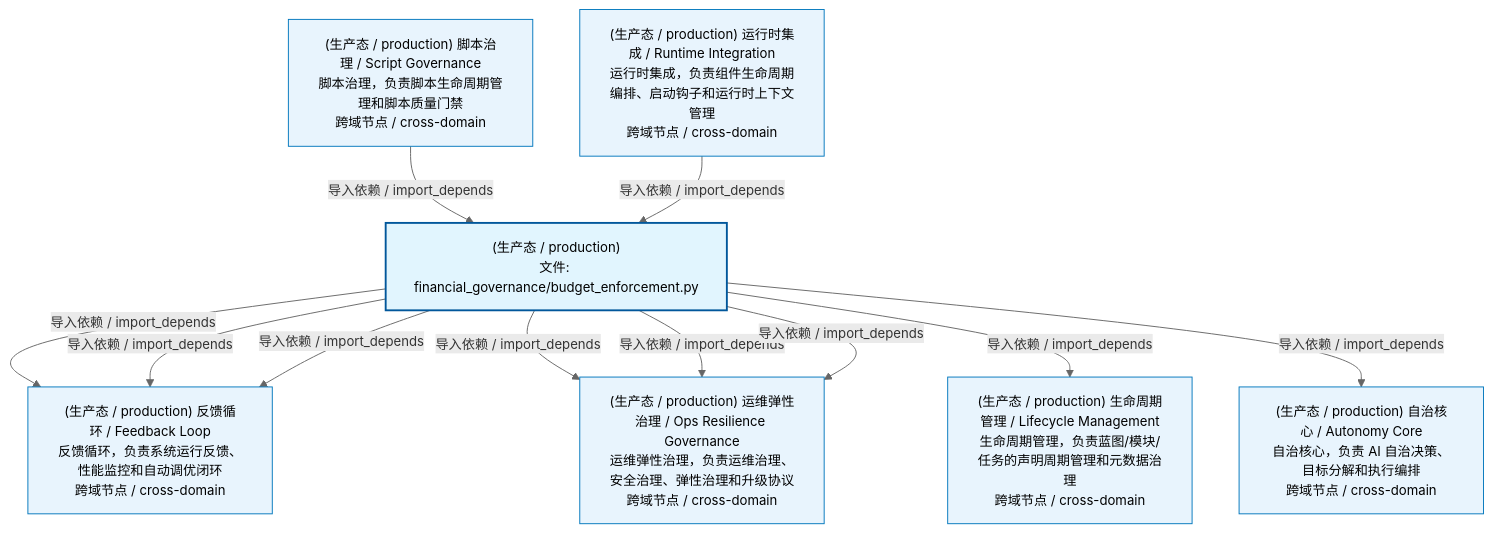
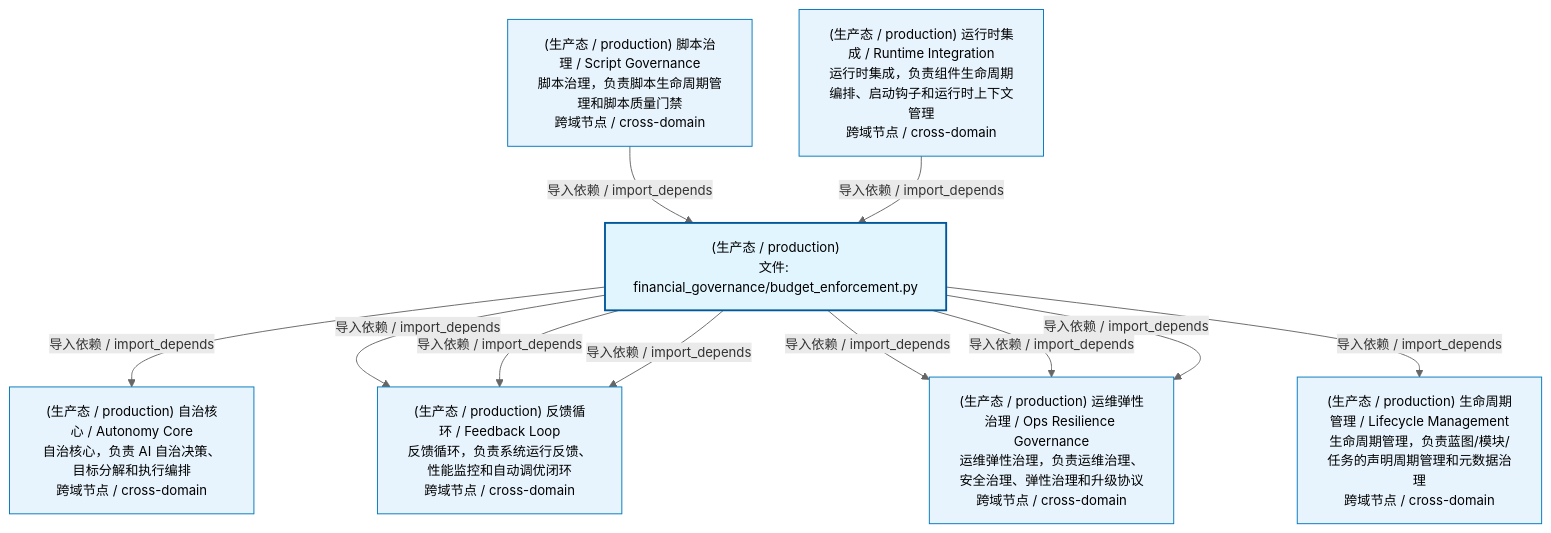
The first of 2 diagrams in docs/02_enterprise_architecture/02_domain_architecture_docs/54_d_gov_repair.md (xuanFelixVan/ZephyrAlpha), drawn with Mermaid before and after one commit. The commit also changed other lines of this file and 88 other files, not shown here.

````diff
--- a/docs/02_enterprise_architecture/02_domain_architecture_docs/54_d_gov_repair.md
+++ b/docs/02_enterprise_architecture/02_domain_architecture_docs/54_d_gov_repair.md
@@ -53,27 +53,27 @@
 ```mermaid
 %%{init: {'theme': 'base', 'themeVariables': {'primaryColor': '#eaeaea', 'primaryTextColor': '#333333', 'primaryBorderColor': '#666666', 'lineColor': '#666666', 'secondaryColor': '#eaeaea', 'tertiaryColor': '#eaeaea', 'fontSize': '14px'}}}%%
 flowchart TD
     src_zephyr_governance_financial_governance_budget_enforcement_py["(生产态 / production)<br/>文件: financial_governance/budget_enforcement.py"]
+    D_AUTONOMY_CORE["(生产态 / production) 自治核心 / Autonomy Core<br/>自治核心，负责 AI 自治决策、目标分解和执行编排<br/>跨域节点 / cross-domain"]
+    src_zephyr_governance_financial_governance_budget_enforcement_py -->|导入依赖 / import_depends| D_AUTONOMY_CORE
     D_OPS["(生产态 / production) 反馈循环 / Feedback Loop<br/>反馈循环，负责系统运行反馈、性能监控和自动调优闭环<br/>跨域节点 / cross-domain"]
     src_zephyr_governance_financial_governance_budget_enforcement_py -->|导入依赖 / import_depends| D_OPS
     D_GOV_OPS_RESILIENCE["(生产态 / production) 运维弹性治理 / Ops Resilience Governance<br/>运维弹性治理，负责运维治理、安全治理、弹性治理和升级协议<br/>跨域节点 / cross-domain"]
+    src_zephyr_governance_financial_governance_budget_enforcement_py -->|导入依赖 / import_depends| D_GOV_OPS_RESILIENCE
+    src_zephyr_governance_financial_governance_budget_enforcement_py -->|导入依赖 / import_depends| D_OPS
     src_zephyr_governance_financial_governance_budget_enforcement_py -->|导入依赖 / import_depends| D_GOV_OPS_RESILIENCE
     D_GOVERNANCE["(生产态 / production) 生命周期管理 / Lifecycle Management<br/>生命周期管理，负责蓝图/模块/任务的声明周期管理和元数据治理<br/>跨域节点 / cross-domain"]
     src_zephyr_governance_financial_governance_budget_enforcement_py -->|导入依赖 / import_depends| D_GOVERNANCE
     src_zephyr_governance_financial_governance_budget_enforcement_py -->|导入依赖 / import_depends| D_GOV_OPS_RESILIENCE
     src_zephyr_governance_financial_governance_budget_enforcement_py -->|导入依赖 / import_depends| D_OPS
-    D_AUTONOMY_CORE["(生产态 / production) 自治核心 / Autonomy Core<br/>自治核心，负责 AI 自治决策、目标分解和执行编排<br/>跨域节点 / cross-domain"]
-    src_zephyr_governance_financial_governance_budget_enforcement_py -->|导入依赖 / import_depends| D_AUTONOMY_CORE
-    src_zephyr_governance_financial_governance_budget_enforcement_py -->|导入依赖 / import_depends| D_OPS
-    src_zephyr_governance_financial_governance_budget_enforcement_py -->|导入依赖 / import_depends| D_GOV_OPS_RESILIENCE
     D_GOV_SCRIPTS["(生产态 / production) 脚本治理 / Script Governance<br/>脚本治理，负责脚本生命周期管理和脚本质量门禁<br/>跨域节点 / cross-domain"]
     D_GOV_SCRIPTS -->|导入依赖 / import_depends| src_zephyr_governance_financial_governance_budget_enforcement_py
     D_INFRA_RUNTIME["(生产态 / production) 运行时集成 / Runtime Integration<br/>运行时集成，负责组件生命周期编排、启动钩子和运行时上下文管理<br/>跨域节点 / cross-domain"]
     D_INFRA_RUNTIME -->|导入依赖 / import_depends| src_zephyr_governance_financial_governance_budget_enforcement_py
     classDef production fill:#e1f5fe,stroke:#01579b,stroke-width:2px,color:#000
     classDef design fill:#fff3e0,stroke:#e65100,stroke-width:2px,color:#000,stroke-dasharray: 5 5
     classDef external_prod fill:#e8f4fd,stroke:#0277bd,stroke-width:1px,color:#000
     classDef external_design fill:#fff8e7,stroke:#ef6c00,stroke-width:1px,color:#000,stroke-dasharray: 5 5
     class src_zephyr_governance_financial_governance_budget_enforcement_py production
-    class D_OPS,D_GOV_OPS_RESILIENCE,D_GOVERNANCE,D_AUTONOMY_CORE,D_GOV_SCRIPTS,D_INFRA_RUNTIME external_prod
+    class D_AUTONOMY_CORE,D_OPS,D_GOV_OPS_RESILIENCE,D_GOVERNANCE,D_GOV_SCRIPTS,D_INFRA_RUNTIME external_prod
 ```
````
